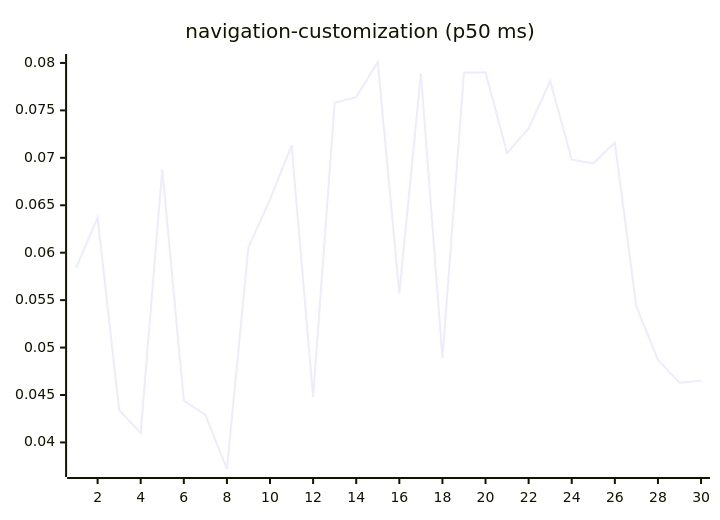
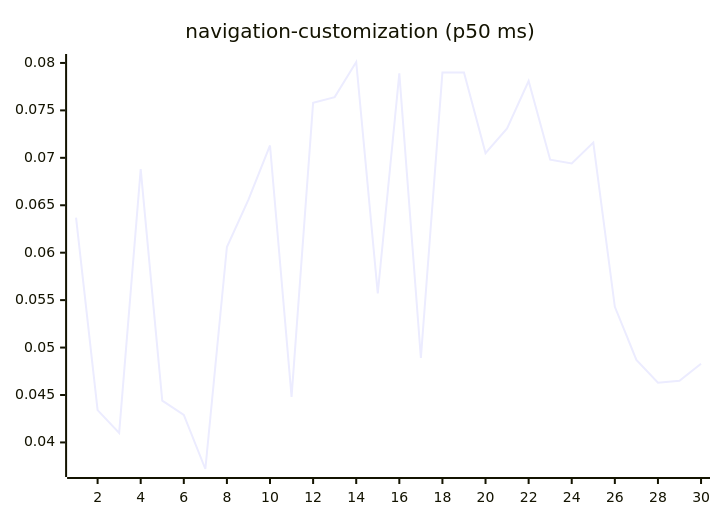
Before and after one commit to josha/Facet: diagram 15 of 27 in README.md, drawn with Mermaid. The commit also changed other lines of this file and 2 other files, not shown here.

````diff
--- a/README.md
+++ b/README.md
@@ -161,6 +161,6 @@
 ```mermaid
 xychart-beta
     title "navigation-customization (p50 ms)"
     x-axis 1 --> 30
-    line [0.0584, 0.0637, 0.0434, 0.0410, 0.0688, 0.0444, 0.0429, 0.0372, 0.0606, 0.0656, 0.0713, 0.0448, 0.0758, 0.0764, 0.0801, 0.0557, 0.0789, 0.0489, 0.0790, 0.0790, 0.0705, 0.0731, 0.0781, 0.0698, 0.0694, 0.0716, 0.0543, 0.0487, 0.0463, 0.0465]
+    line [0.0637, 0.0434, 0.0410, 0.0688, 0.0444, 0.0429, 0.0372, 0.0606, 0.0656, 0.0713, 0.0448, 0.0758, 0.0764, 0.0801, 0.0557, 0.0789, 0.0489, 0.0790, 0.0790, 0.0705, 0.0731, 0.0781, 0.0698, 0.0694, 0.0716, 0.0543, 0.0487, 0.0463, 0.0465, 0.0483]
 ```
````
